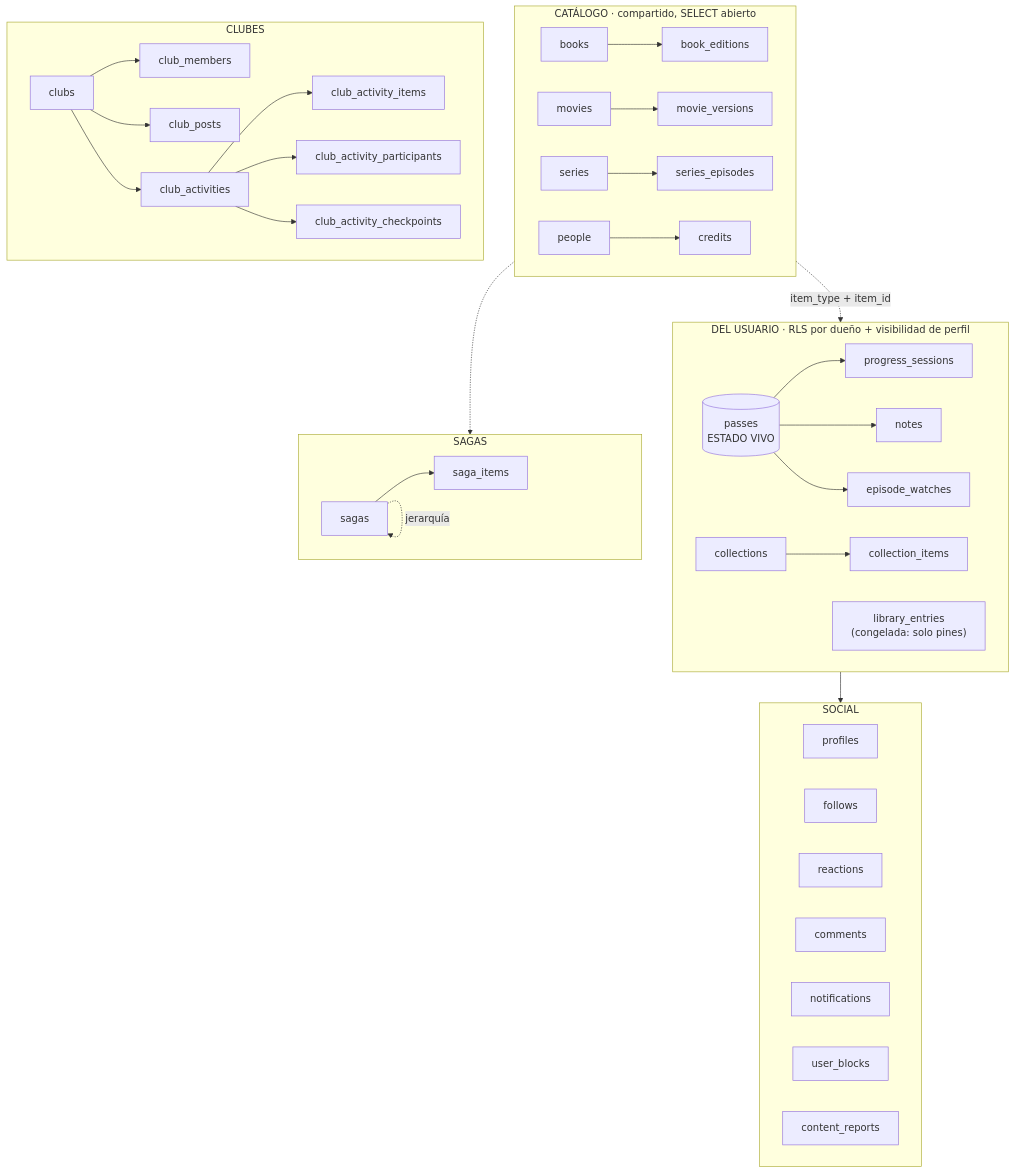
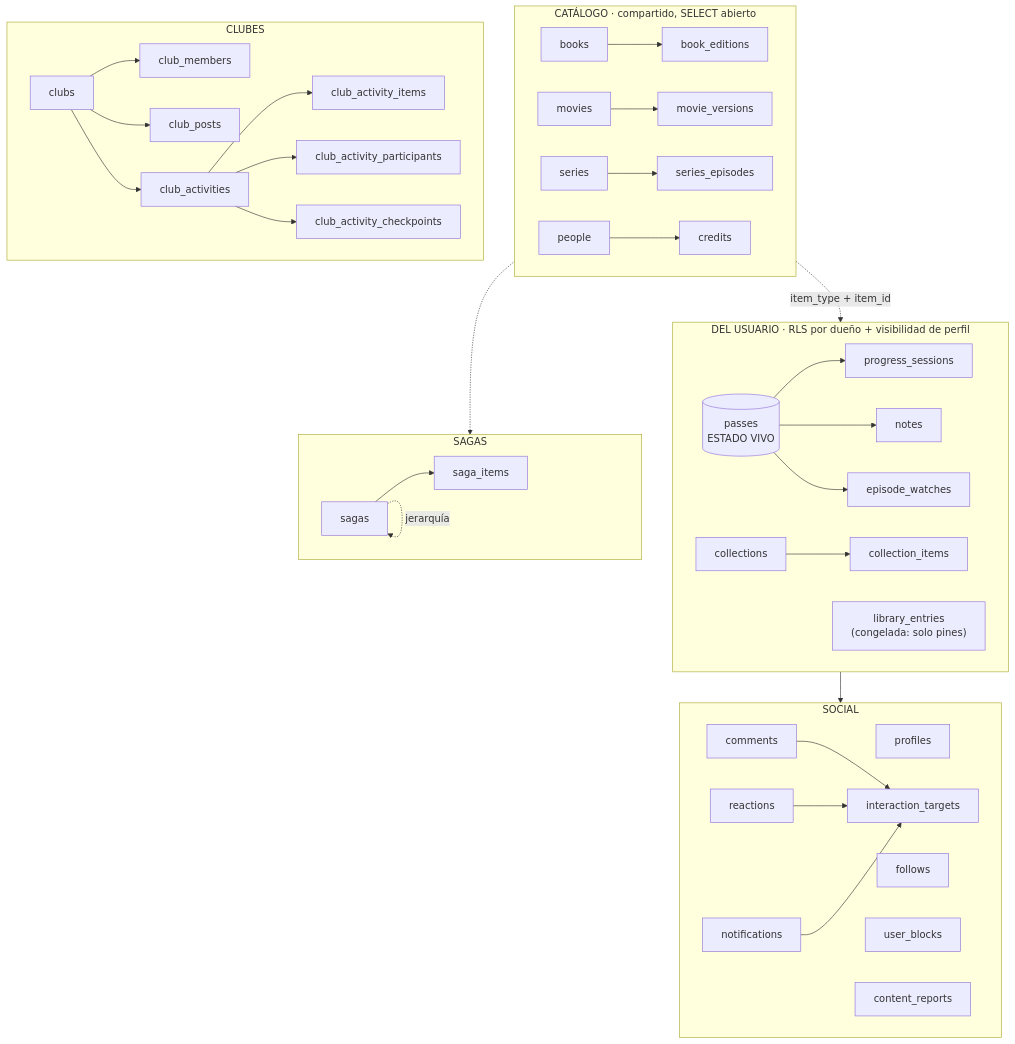
The diagram in docs/requirements/data-model.md (borjar20/Biblioshare), drawn with Mermaid before and after one commit. The commit also changed other lines of this file and 2 other files, not shown here.

````diff
--- a/docs/requirements/data-model.md
+++ b/docs/requirements/data-model.md
@@ -100,43 +108,45 @@
 ```mermaid
 graph TB
     subgraph CAT["CATÁLOGO · compartido, SELECT abierto"]
         books[books]; movies[movies]; series[series]
         eds[book_editions]; vers[movie_versions]; eps[series_episodes]
         people[people]; credits[credits]
         books --> eds; movies --> vers; series --> eps
         people --> credits
     end
 
     subgraph USER["DEL USUARIO · RLS por dueño + visibilidad de perfil"]
         passes[("passes<br/>ESTADO VIVO")]
         sessions[progress_sessions]; notes[notes]; watches[episode_watches]
         libe["library_entries<br/>(congelada: solo pines)"]
         colls[collections]; ci[collection_items]
         passes --> sessions; passes --> notes; passes --> watches
         colls --> ci
     end
 
     subgraph SOCIAL["SOCIAL"]
         profiles[profiles]; follows[follows]
+        targets[interaction_targets]
         reactions[reactions]; comments[comments]; notifs[notifications]
         blocks[user_blocks]; reports[content_reports]
+        comments --> targets; reactions --> targets; notifs --> targets
     end
 
     subgraph CLUBS["CLUBES"]
         clubs[clubs]; cm[club_members]; cp[club_posts]
         ca[club_activities]; cai[club_activity_items]
         cap[club_activity_participants]; cach[club_activity_checkpoints]
         clubs --> cm; clubs --> cp; clubs --> ca
         ca --> cai; ca --> cap; ca --> cach
     end
 
     subgraph SAGAS["SAGAS"]
         sagas[sagas]; si[saga_items]
         sagas --> si
         sagas -. jerarquía .-> sagas
     end
 
     CAT -. "item_type + item_id" .-> USER
     CAT -.-> SAGAS
     USER --> SOCIAL
 ```
````
